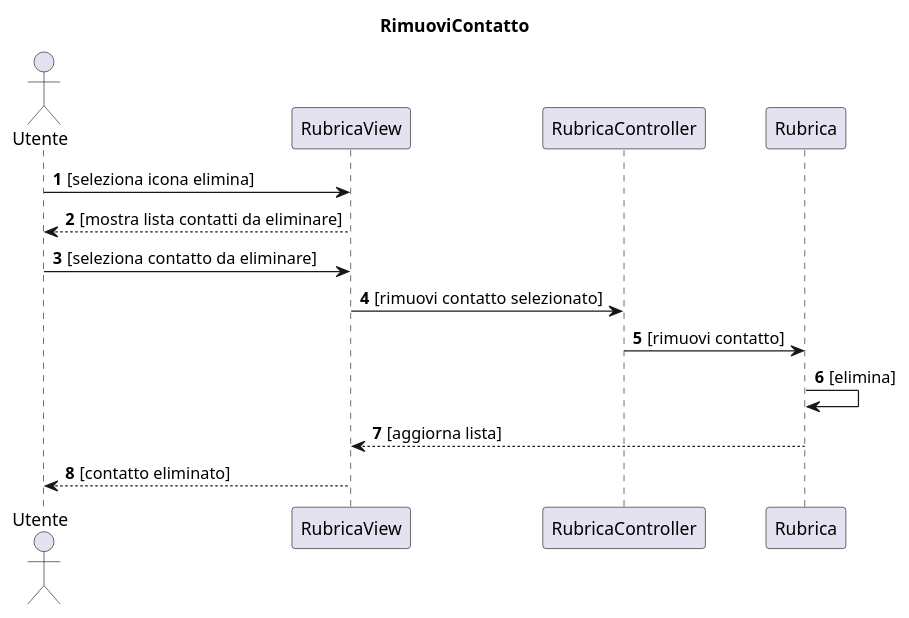
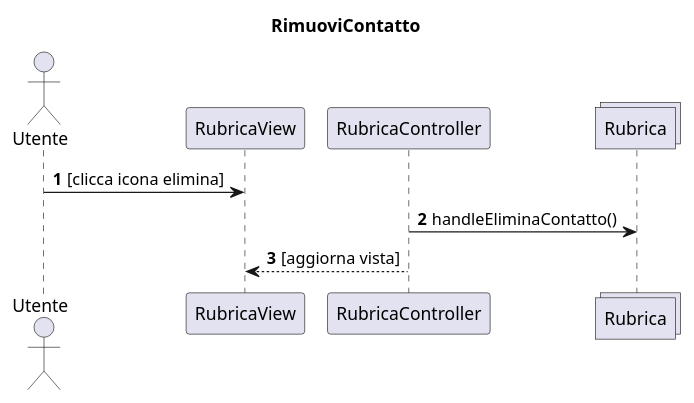
One commit to emanueletocci/uni-swe-project changed the diagram in docs/bozze/Diagrammi/Sequenza2/ScenarioRimuoviContatto.puml. Above: the diagram before and after it, drawn with PlantUML.

```diff
--- a/docs/bozze/Diagrammi/Sequenza2/ScenarioRimuoviContatto.puml
+++ b/docs/bozze/Diagrammi/Sequenza2/ScenarioRimuoviContatto.puml
@@ -1,16 +1,11 @@
 @startuml Rimozione contatto
 title RimuoviContatto
 autonumber
 actor Utente
 participant RubricaView
 participant RubricaController
-participant Rubrica
-Utente -> RubricaView: [seleziona icona elimina]
-RubricaView --> Utente: [mostra lista contatti da eliminare]
-Utente -> RubricaView: [seleziona contatto da eliminare]
-RubricaView -> RubricaController: [rimuovi contatto selezionato]
-RubricaController -> Rubrica: [rimuovi contatto]
-Rubrica -> Rubrica: [elimina]
-Rubrica --> RubricaView: [aggiorna lista]
-RubricaView --> Utente: [contatto eliminato]
+collections Rubrica
+Utente -> RubricaView: [clicca icona elimina]
+RubricaController -> Rubrica: handleEliminaContatto()
+RubricaController -->RubricaView: [aggiorna vista]
 @enduml
```
